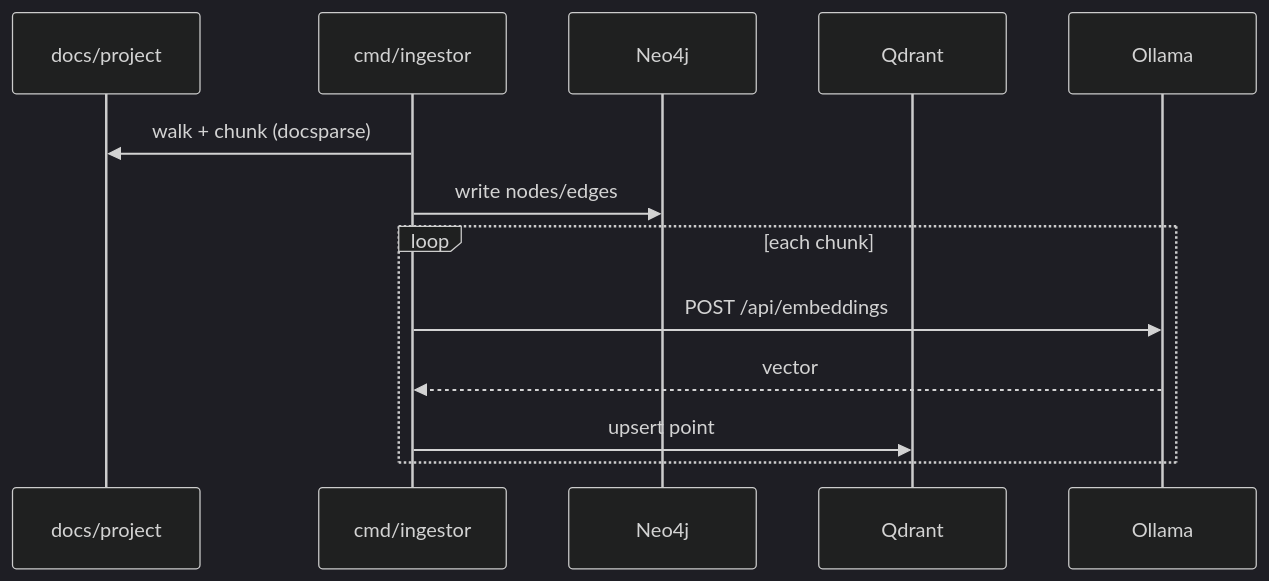
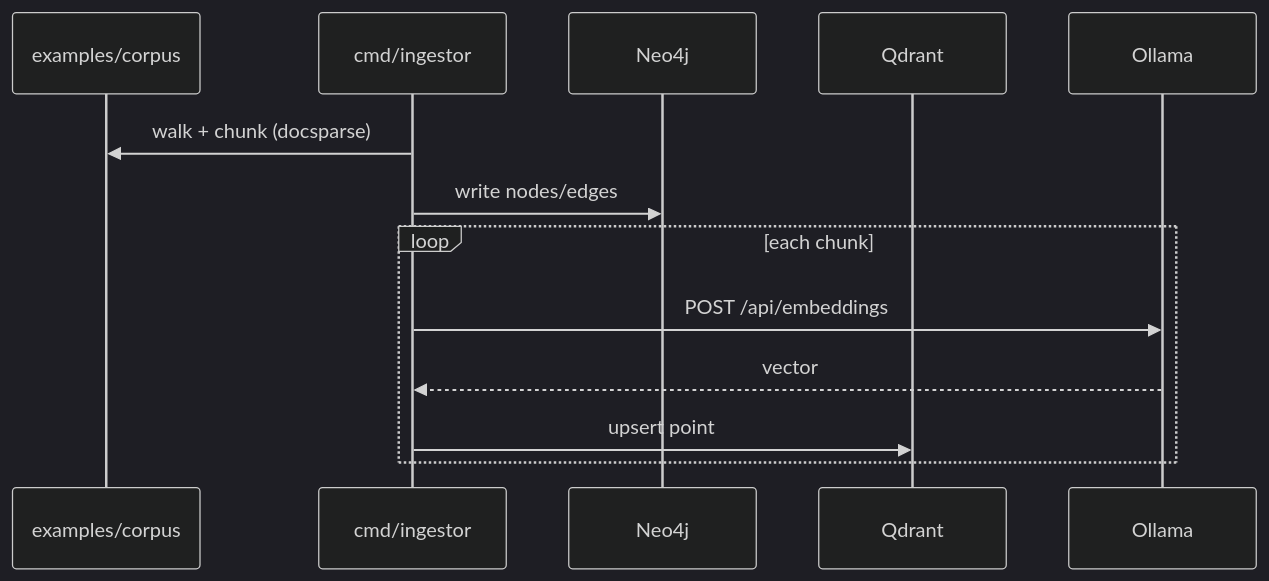
The second of 5 diagrams in README.md (eSlider/go-second-brain), drawn with Mermaid (dark theme) before and after one commit. The commit also changed other lines of this file and 27 other files, not shown here.

````diff
--- a/README.md
+++ b/README.md
@@ -71,16 +71,16 @@
 ```mermaid
 sequenceDiagram
-    participant Docs as docs/project
+    participant Docs as examples/corpus
     participant Ingestor as cmd/ingestor
     participant Neo4j
     participant Qdrant
     participant Ollama
 
     Ingestor->>Docs: walk + chunk (docsparse)
     Ingestor->>Neo4j: write nodes/edges
     loop each chunk
         Ingestor->>Ollama: POST /api/embeddings
         Ollama-->>Ingestor: vector
         Ingestor->>Qdrant: upsert point
     end
 ```
````
